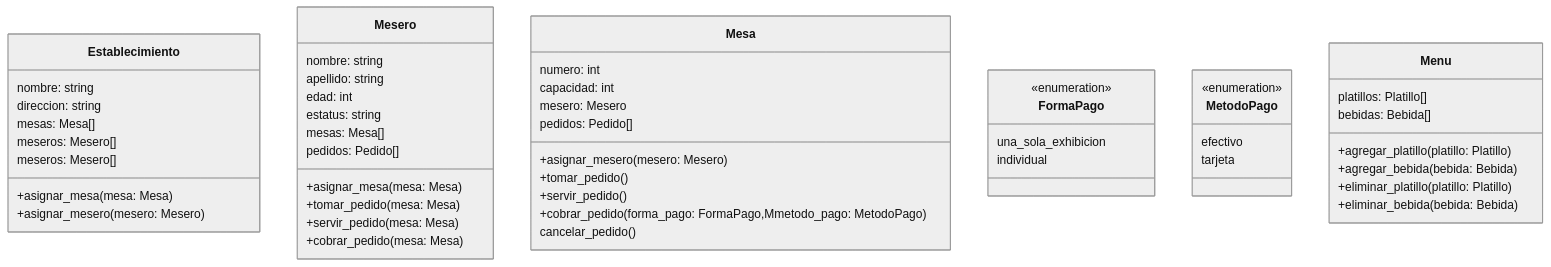
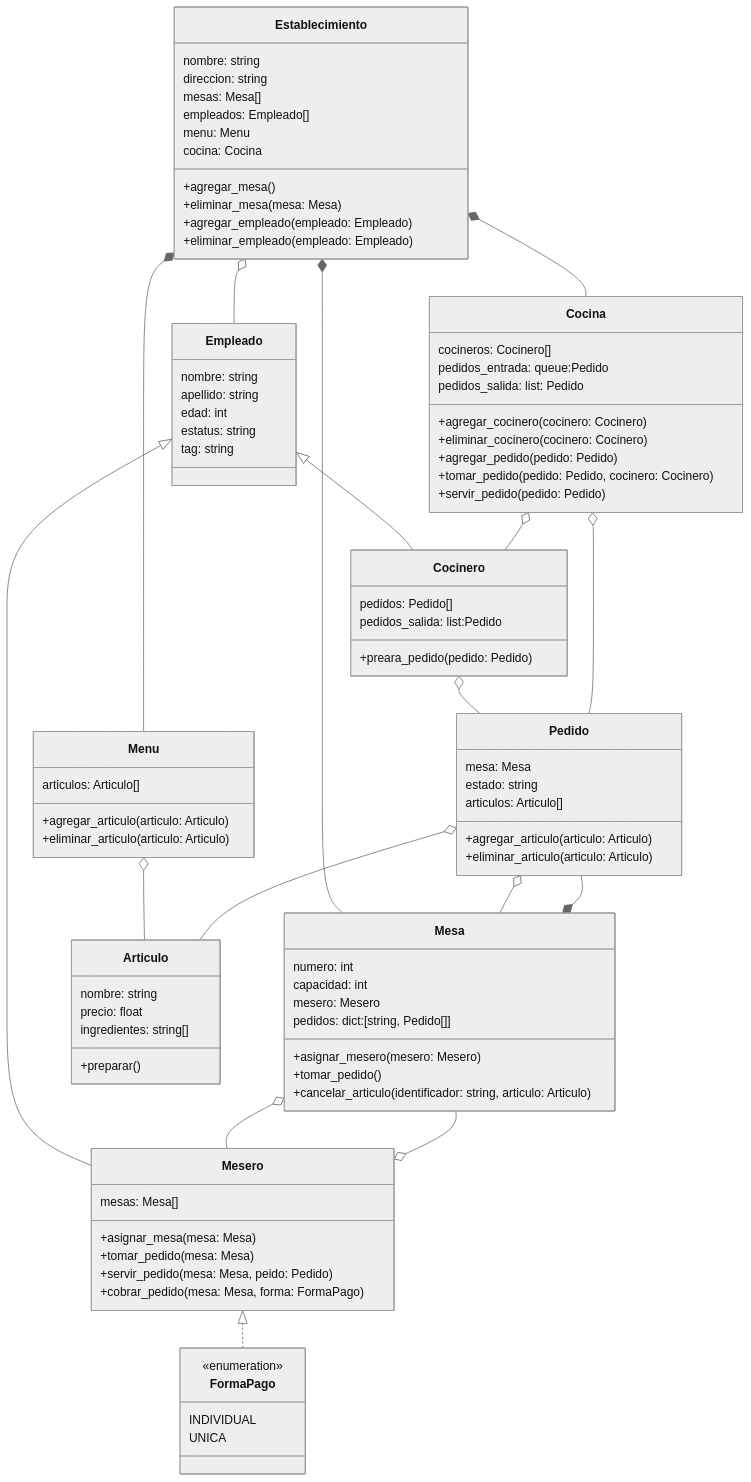
One commit to joseAcevesG/SOFT_RESTAURANT changed the diagram in UML.md. Above: the diagram before and after it, drawn with Mermaid (neutral theme). The commit also changed 1 other file, not shown here.

````diff
--- a/UML.md
+++ b/UML.md
@@ -6,57 +6,100 @@
         nombre: string
         direccion: string
         mesas: Mesa[]
-        meseros: Mesero[]
-        +asignar_mesa(mesa: Mesa)
-        +asignar_mesero(mesero: Mesero)
-        meseros: Mesero[]
+        empleados: Empleado[]
+        menu: Menu
+        cocina: Cocina
+        +agregar_mesa()
+        +eliminar_mesa(mesa: Mesa)
+        +agregar_empleado(empleado: Empleado)
+        +eliminar_empleado(empleado: Empleado)
+    }
 
+    class Cocina{
+        cocineros: Cocinero[]
+        pedidos_entrada: queue:Pedido
+        pedidos_salida: list: Pedido
+        +agregar_cocinero(cocinero: Cocinero)
+        +eliminar_cocinero(cocinero: Cocinero)
+        +agregar_pedido(pedido: Pedido)
+        +tomar_pedido(pedido: Pedido, cocinero: Cocinero)
+        +servir_pedido(pedido: Pedido)
+    }
 
-    }
-    class Mesero{
+    class Empleado{
         nombre: string
         apellido: string
         edad: int
         estatus: string
-        mesas: Mesa[]
+        tag: string
+    }
+
+    class Cocinero{
         pedidos: Pedido[]
-        +asignar_mesa(mesa: Mesa)
-        +tomar_pedido(mesa: Mesa)
-        +servir_pedido(mesa: Mesa)
-        +cobrar_pedido(mesa: Mesa)
+        pedidos_salida: list:Pedido
+        +preara_pedido(pedido: Pedido)
+    }
+
+    class Pedido{
+        mesa: Mesa
+        estado: string
+        articulos: Articulo[]
+        +agregar_articulo(articulo: Articulo)
+        +eliminar_articulo(articulo: Articulo)
+    }
+
+    class Menu{
+        articulos: Articulo[]
+        +agregar_articulo(articulo: Articulo)
+        +eliminar_articulo(articulo: Articulo)
     }
 
     class Mesa{
         numero: int
         capacidad: int
         mesero: Mesero
-        pedidos: Pedido[]
+        pedidos: dict:[string, Pedido[]]
         +asignar_mesero(mesero: Mesero)
         +tomar_pedido()
-        +servir_pedido()
-        +cobrar_pedido(forma_pago: FormaPago,Mmetodo_pago: MetodoPago)
-        cancelar_pedido()
+        +cancelar_articulo(identificador: string, articulo: Articulo)
+    }
+
+
+    class Articulo{
+        nombre: string
+        precio: float
+        ingredientes: string[]
+        +preparar()
+    }
+
+    class Mesero{
+        mesas: Mesa[]
+        +asignar_mesa(mesa: Mesa)
+        +tomar_pedido(mesa: Mesa)
+        +servir_pedido(mesa: Mesa, peido: Pedido)
+        +cobrar_pedido(mesa: Mesa, forma: FormaPago)
     }
 
     class FormaPago{
         <<enumeration>>
-        una_sola_exhibicion
-        individual
-
+        INDIVIDUAL
+        UNICA
     }
 
-    class MetodoPago{
-        <<enumeration>>
-        efectivo
-        tarjeta
-    }
-
-    class Menu{
-        platillos: Platillo[]
-        bebidas: Bebida[]
-        +agregar_platillo(platillo: Platillo)
-        +agregar_bebida(bebida: Bebida)
-        +eliminar_platillo(platillo: Platillo)
-        +eliminar_bebida(bebida: Bebida)
-    }
+    Establecimiento *--Menu
+    Establecimiento *--Cocina
+    Establecimiento o--Empleado
+    Menu o--Articulo
+    Pedido o--Articulo
+    Mesa *--Pedido
+    Establecimiento *--Mesa
+    Empleado <|-- Mesero
+    Pedido o--Mesa
+    Empleado <|-- Cocinero
+    Mesero <|.. FormaPago
+    Cocina o-- Cocinero
+    Mesa o-- Mesero
+    Mesero o-- Mesa
+    Cocinero o-- Pedido
+    Cocina o-- Pedido
 ```
````
